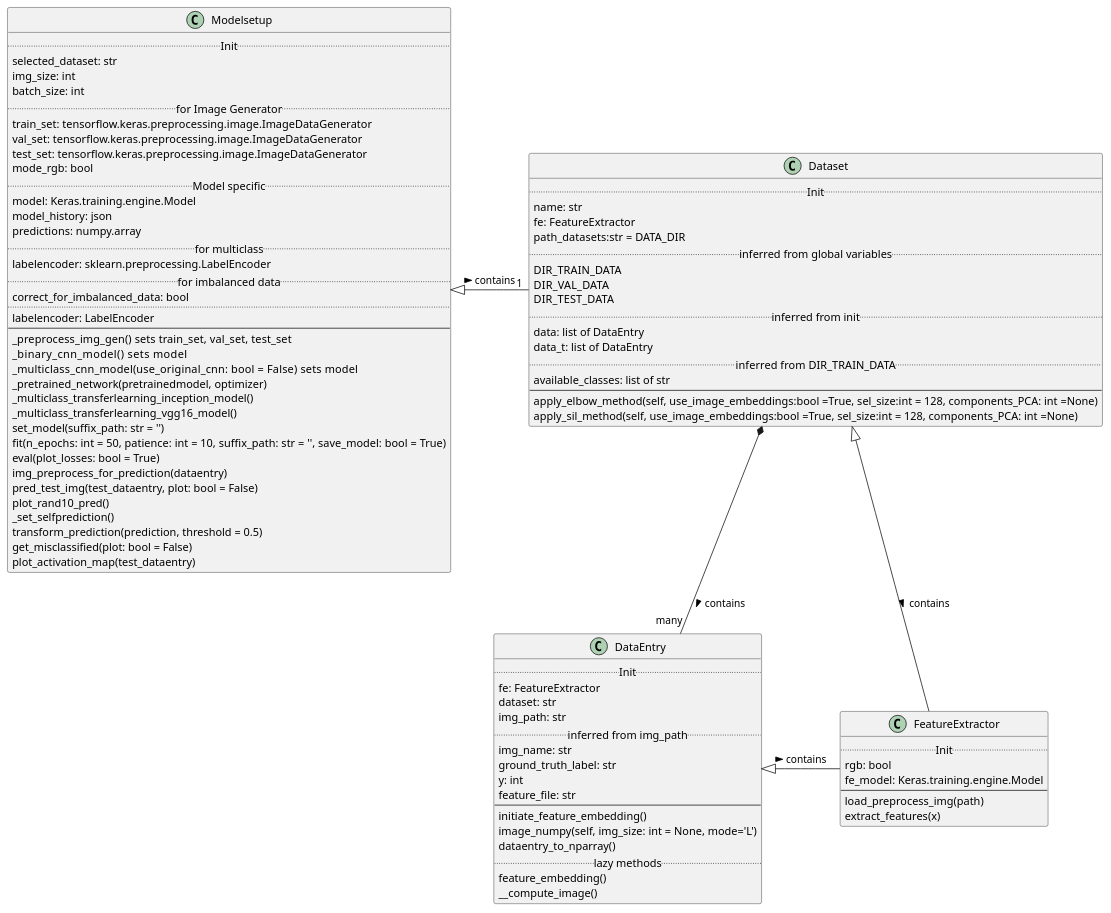
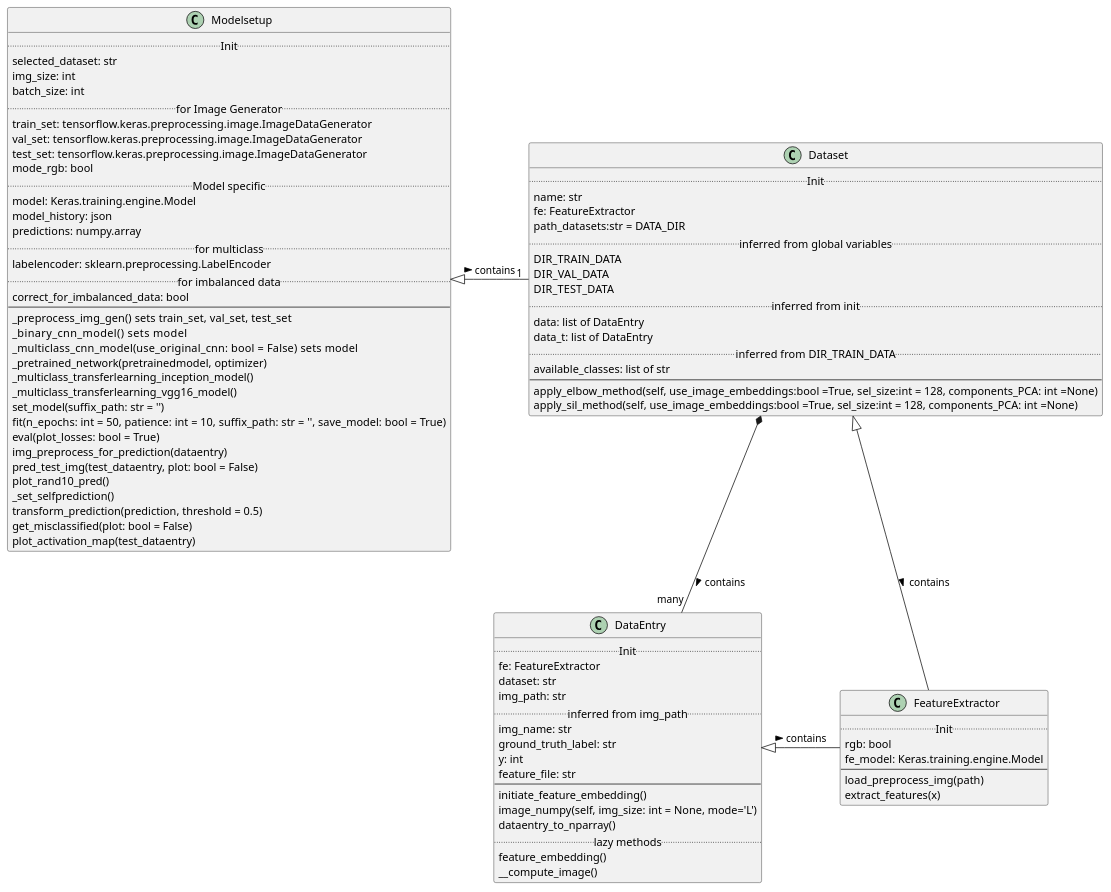
One commit to BiancaZimmer/masterthesis changed the diagram in code_mh_main/documentation/classdiagram.puml. Above: the diagram before and after it, drawn with PlantUML.

Commit message:
clean up

```diff
--- a/code_mh_main/documentation/classdiagram.puml
+++ b/code_mh_main/documentation/classdiagram.puml
@@ -1,95 +1,93 @@
 @startuml classdiagram.png
 'https://plantuml.com/class-diagram
 
 Dataset *-- "many" DataEntry: > contains
 Modelsetup <|- "1" Dataset: > contains
 DataEntry <|- FeatureExtractor: > contains
 Dataset <|- FeatureExtractor: > contains
 
 class DataEntry{
 .. Init ..
     fe: FeatureExtractor
     dataset: str
     img_path: str
 .. inferred from img_path ..
     img_name: str
     ground_truth_label: str
     y: int
     feature_file: str
 --
     initiate_feature_embedding()
     image_numpy(self, img_size: int = None, mode='L')
     dataentry_to_nparray()
 .. lazy methods ..
     feature_embedding()
     __compute_image()
 }
 
 class Dataset{
 .. Init ..
     name: str
     fe: FeatureExtractor
     path_datasets:str = DATA_DIR
 .. inferred from global variables ..
     DIR_TRAIN_DATA
     DIR_VAL_DATA
     DIR_TEST_DATA
 .. inferred from init ..
     data: list of DataEntry
     data_t: list of DataEntry
 .. inferred from DIR_TRAIN_DATA ..
     available_classes: list of str
 --
     apply_elbow_method(self, use_image_embeddings:bool =True, sel_size:int = 128, components_PCA: int =None)
     apply_sil_method(self, use_image_embeddings:bool =True, sel_size:int = 128, components_PCA: int =None)
 }
 
 class Modelsetup{
 .. Init ..
     selected_dataset: str
     img_size: int
     batch_size: int
 .. for Image Generator ..
     train_set: tensorflow.keras.preprocessing.image.ImageDataGenerator
     val_set: tensorflow.keras.preprocessing.image.ImageDataGenerator
     test_set: tensorflow.keras.preprocessing.image.ImageDataGenerator
     mode_rgb: bool
 .. Model specific ..
     model: Keras.training.engine.Model
     model_history: json
     predictions: numpy.array
 .. for multiclass ..
     labelencoder: sklearn.preprocessing.LabelEncoder
 .. for imbalanced data ..
     correct_for_imbalanced_data: bool
-..
-    labelencoder: LabelEncoder
 --
 _preprocess_img_gen()   sets train_set, val_set, test_set
 _binary_cnn_model()     sets model
 _multiclass_cnn_model(use_original_cnn: bool = False)     sets model
 _pretrained_network(pretrainedmodel, optimizer)
 _multiclass_transferlearning_inception_model()
 _multiclass_transferlearning_vgg16_model()
 set_model(suffix_path: str = '')
 fit(n_epochs: int = 50, patience: int = 10, suffix_path: str = '',  save_model: bool = True)
 eval(plot_losses: bool = True)
 img_preprocess_for_prediction(dataentry)
 pred_test_img(test_dataentry, plot: bool = False)
 plot_rand10_pred()
 _set_selfprediction()
 transform_prediction(prediction, threshold = 0.5)
 get_misclassified(plot: bool = False)
 plot_activation_map(test_dataentry)
 }
 
 class FeatureExtractor{
 .. Init ..
 rgb: bool
 fe_model: Keras.training.engine.Model
 --
 load_preprocess_img(path)
 extract_features(x)
 }
 
 @enduml
```
